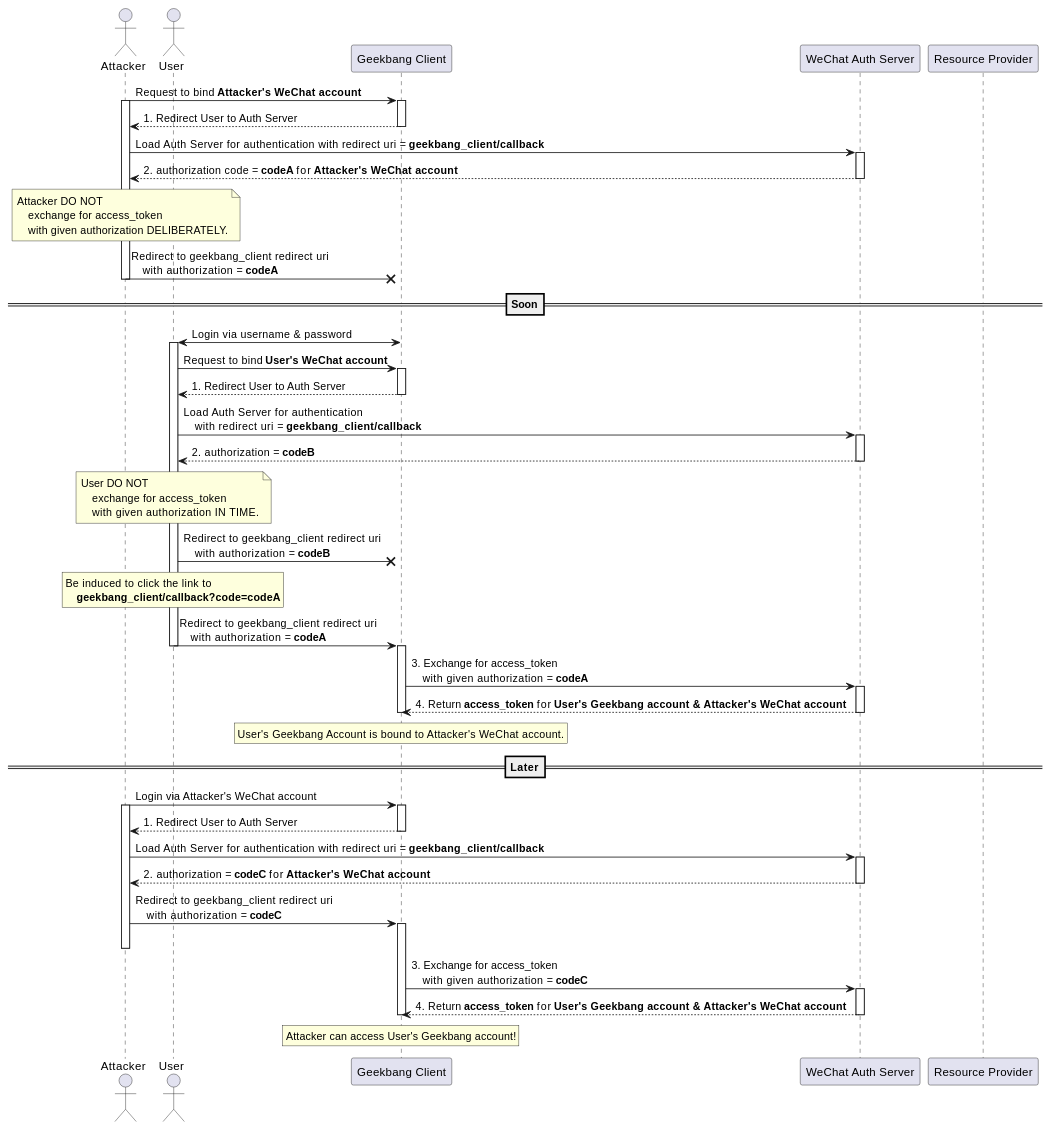
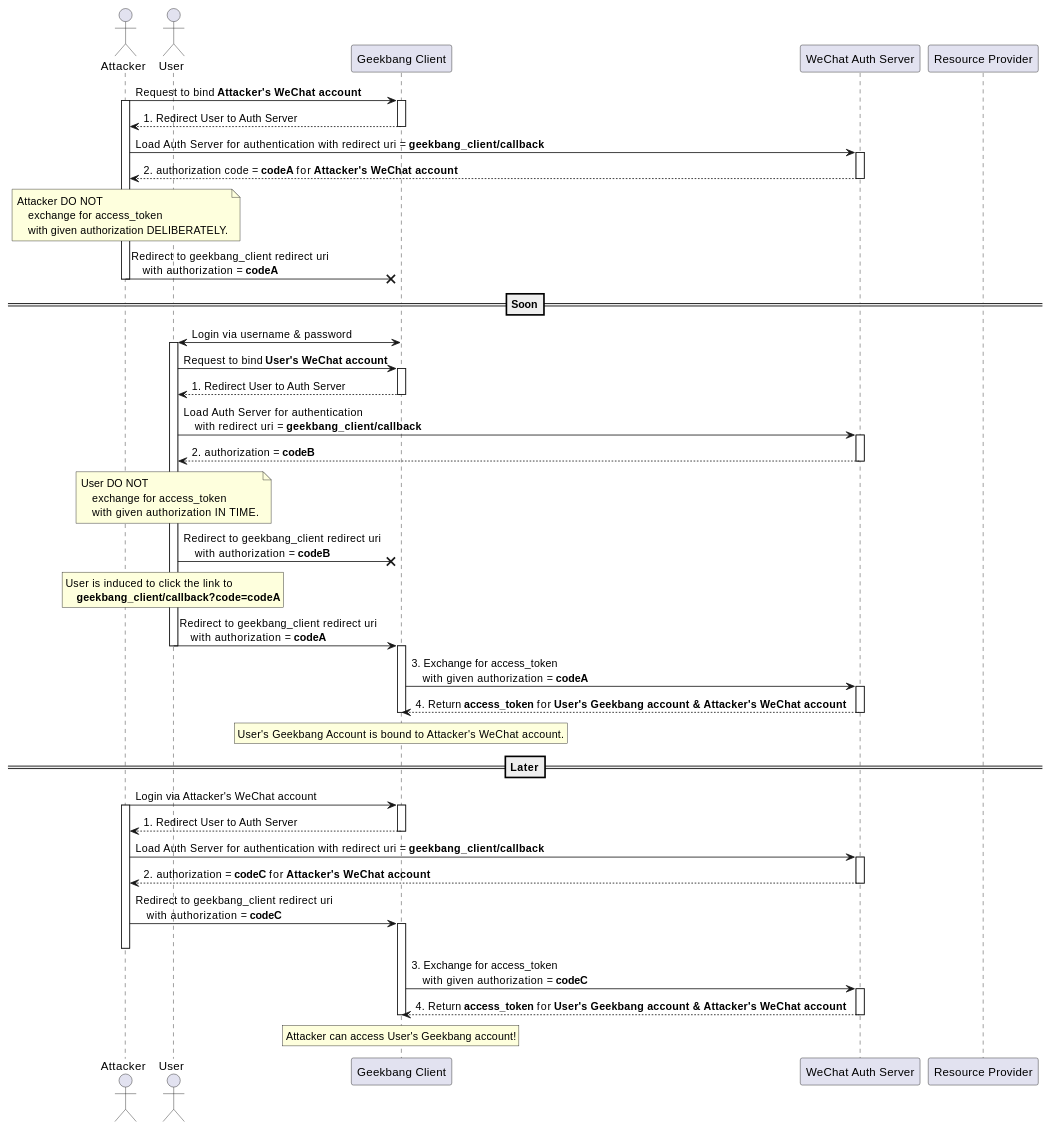
Before and after one commit to IceHe/lib: the first of 2 diagrams in auth/csrf-attack-on-oauth.md, drawn with PlantUML. The commit also changed other lines of this file, not shown here.

Commit message:
2021-11-04 20:11:42 Thu

```diff
--- a/auth/csrf-attack-on-oauth.md
+++ b/auth/csrf-attack-on-oauth.md
@@ -57,7 +57,7 @@
 user -x geekbang_client: Redirect to geekbang_client redirect uri \n    with authorization = **codeB**
 
 rnote over user
-    Be induced to click the link to
+    User is induced to click the link to
         **geekbang_client/callback?code=codeA**
 endrnote
 
```
